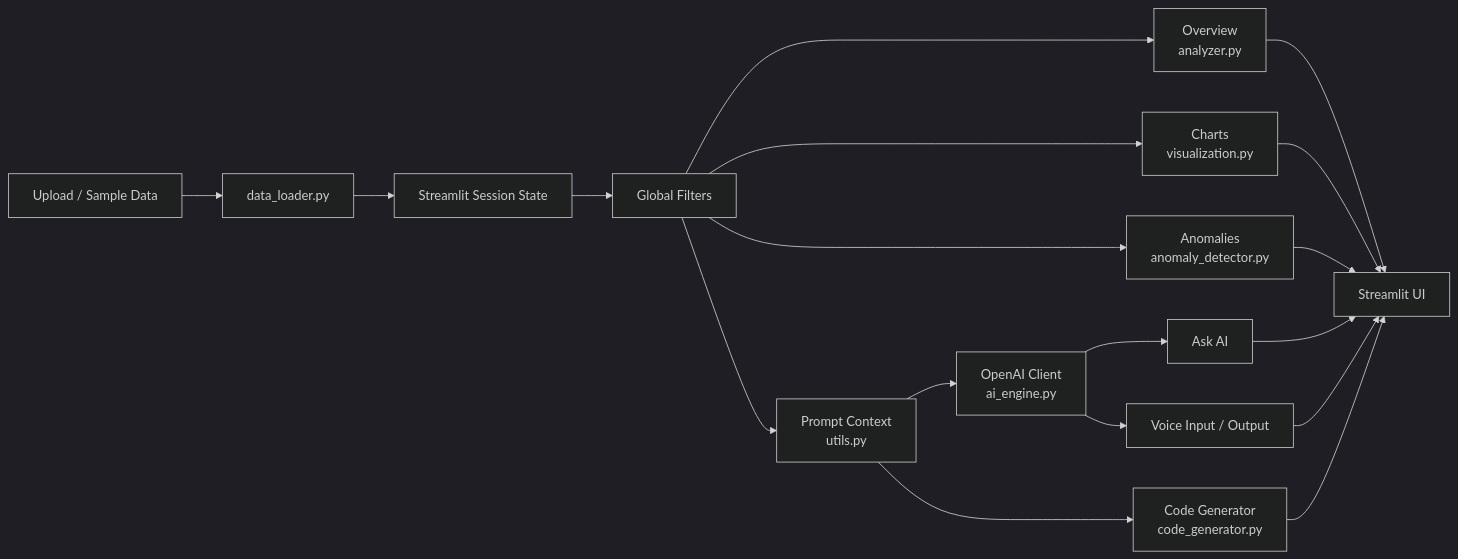
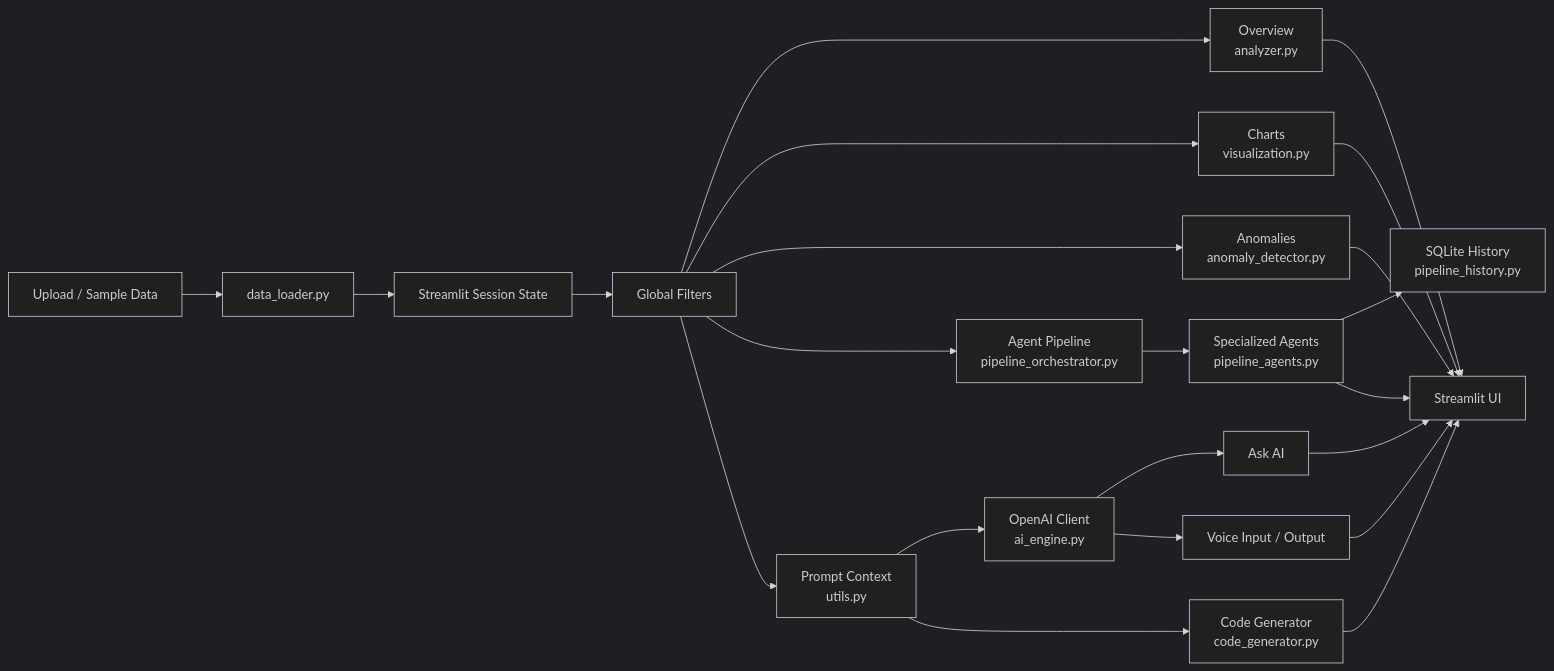
Before and after one commit to AryanHooda-04/AI_Data_Analyst: the diagram in ai_data_analyst/README.md, drawn with Mermaid (dark theme). The commit also changed other lines of this file and 9 other files, not shown here.

````diff
--- a/ai_data_analyst/README.md
+++ b/ai_data_analyst/README.md
@@ -41,20 +45,24 @@
 ```mermaid
 flowchart LR
     A["Upload / Sample Data"] --> B["data_loader.py"]
     B --> C["Streamlit Session State"]
     C --> D["Global Filters"]
     D --> E["Overview<br/>analyzer.py"]
     D --> F["Charts<br/>visualization.py"]
     D --> G["Anomalies<br/>anomaly_detector.py"]
+    D --> N["Agent Pipeline<br/>pipeline_orchestrator.py"]
+    N --> O["Specialized Agents<br/>pipeline_agents.py"]
+    O --> P["SQLite History<br/>pipeline_history.py"]
     D --> H["Prompt Context<br/>utils.py"]
     H --> I["OpenAI Client<br/>ai_engine.py"]
     I --> J["Ask AI"]
     I --> K["Voice Input / Output"]
     H --> L["Code Generator<br/>code_generator.py"]
     E --> M["Streamlit UI"]
     F --> M
     G --> M
+    O --> M
     J --> M
     K --> M
     L --> M
 ```
````
